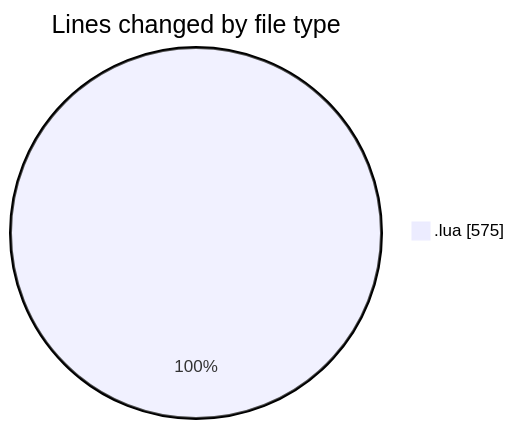
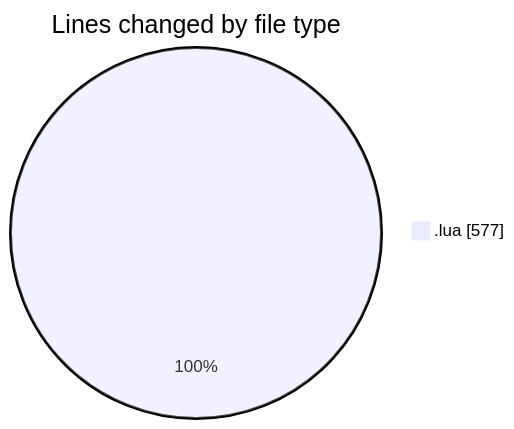
Before and after one commit to EIIisD/code-tracking: the first of 2 diagrams in 2025-08-10/_hammerspoon/README.md, drawn with Mermaid. The commit also changed other lines of this file and 1 other file, not shown here.

````diff
--- a/2025-08-10/_hammerspoon/README.md
+++ b/2025-08-10/_hammerspoon/README.md
@@ -22,5 +22,5 @@
 ```mermaid
 pie showData
 title Lines changed by file type
-".lua" : 575
+".lua" : 577
 ```
````
